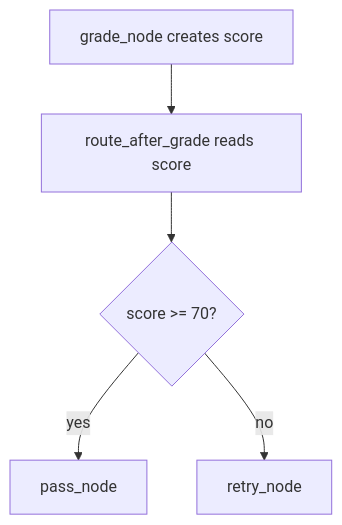
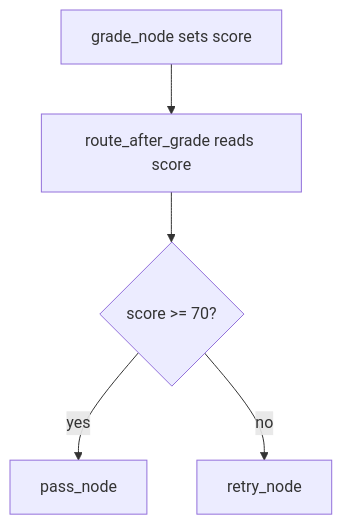
One commit to Walid-Ahmed/langgraph-tutorials changed the second of 2 diagrams in Conditional Edges/README.md. Above: the diagram before and after it, drawn with Mermaid. The commit also changed other lines of this file and 4 other files, not shown here.

````diff
--- a/Conditional Edges/README.md
+++ b/Conditional Edges/README.md
@@ -24,7 +41,7 @@
 ```mermaid
 flowchart TD
-    A["grade_node creates score"] --> B["route_after_grade reads score"]
+    A["grade_node sets score"] --> B["route_after_grade reads score"]
     B --> C{"score >= 70?"}
     C -->|yes| D["pass_node"]
     C -->|no| E["retry_node"]
 ```
````
